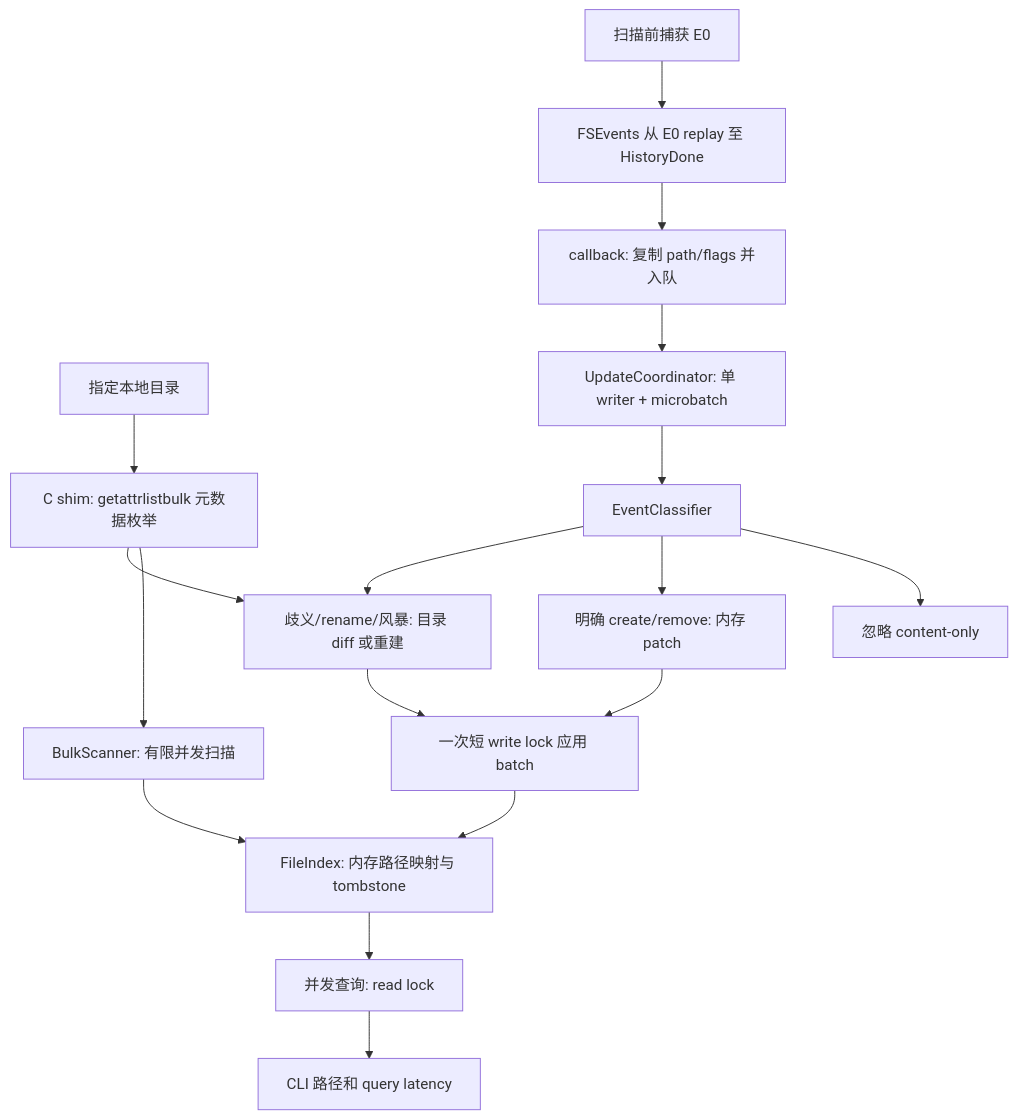
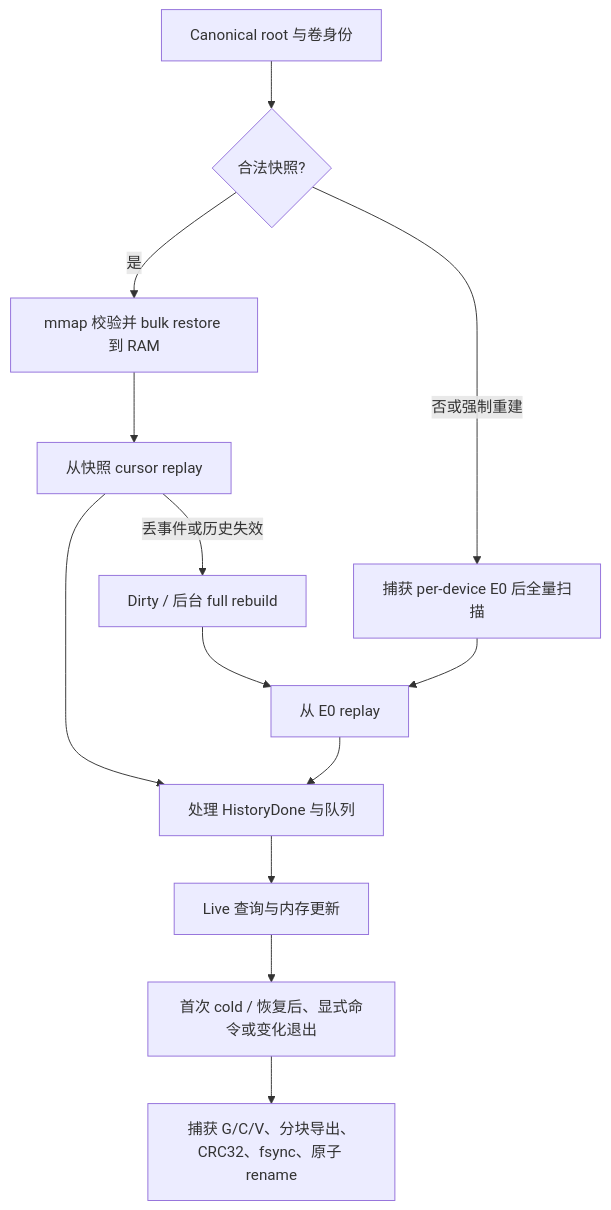
Before and after one commit to SWHsz/apfs-everything: the diagram in README.md, drawn with Mermaid. The commit also changed other lines of this file and 25 other files, not shown here.

Commit message:
feat: persist compact snapshots and recover per-device events

````diff
--- a/README.md
+++ b/README.md
@@ -62,19 +64,15 @@
-```mermaid
+~~~mermaid
 flowchart TD
-    Root[指定本地目录] --> Bulk[C shim: getattrlistbulk 元数据枚举]
-    Bulk --> Scanner[BulkScanner: 有限并发扫描]
-    Scanner --> Index[FileIndex: 内存路径映射与 tombstone]
-    Capture[扫描前捕获 E0] --> Replay[FSEvents 从 E0 replay 至 HistoryDone]
-    Replay --> Callback[callback: 复制 path/flags 并入队]
-    Callback --> Writer[UpdateCoordinator: 单 writer + microbatch]
-    Writer --> Classifier[EventClassifier]
-    Classifier --> Ignore[忽略 content-only]
-    Classifier --> Patch[明确 create/remove: 内存 patch]
-    Classifier --> Reconcile[歧义/rename/风暴: 目录 diff 或重建]
-    Bulk --> Reconcile
-    Patch --> Batch[一次短 write lock 应用 batch]
-    Reconcile --> Batch
-    Batch --> Index
-    Index --> Query[并发查询: read lock]
-    Query --> CLI[CLI 路径和 query latency]
-```
+    Root[Canonical root 与卷身份] --> Valid{合法快照?}
+    Valid -->|是| Mmap[mmap 校验并 bulk restore 到 RAM]
+    Valid -->|否或强制重建| Scan[捕获 per-device E0 后全量扫描]
+    Mmap --> Replay[从快照 cursor replay]
+    Scan --> ReplayCold[从 E0 replay]
+    Replay --> Gate[处理 HistoryDone 与队列]
+    ReplayCold --> Gate
+    Gate --> Live[Live 查询与内存更新]
+    Replay -->|丢事件或历史失效| Rebuild[Dirty / 后台 full rebuild]
+    Rebuild --> ReplayCold
+    Live --> Capture[首次 cold / 恢复后、显式命令或变化退出]
+    Capture --> Write[捕获 G/C/V、分块导出、CRC32、fsync、原子 rename]
+~~~
````
